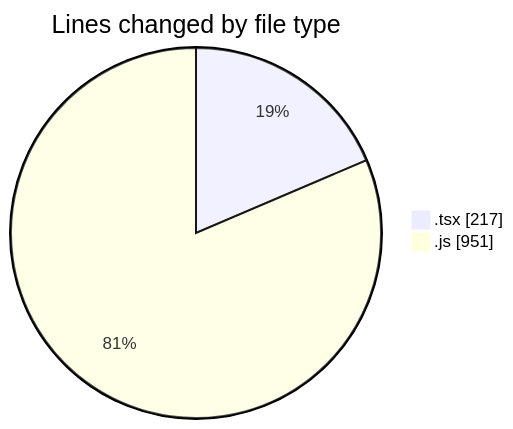
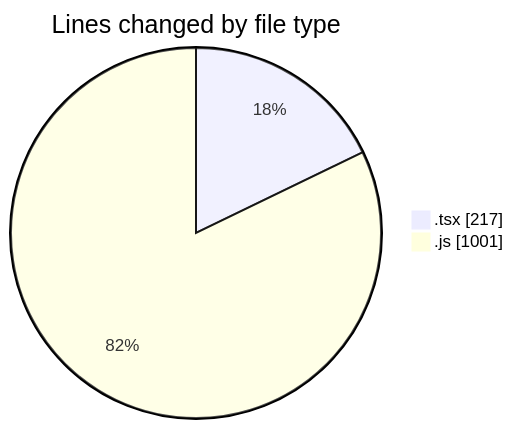
Before and after one commit to momahboobian/code-tracking: the first of 2 diagrams in 2026-04-09/cda/README.md, drawn with Mermaid. The commit also changed other lines of this file and 1 other file, not shown here.

````diff
--- a/2026-04-09/cda/README.md
+++ b/2026-04-09/cda/README.md
@@ -23,6 +23,6 @@
 ```mermaid
 pie showData
 title Lines changed by file type
 ".tsx" : 217
-".js" : 951
+".js" : 1001
 ```
````
